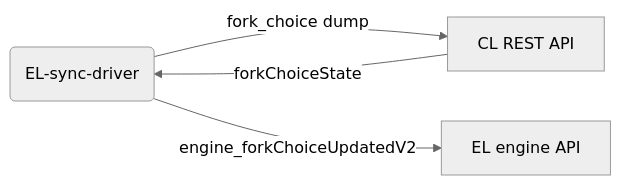
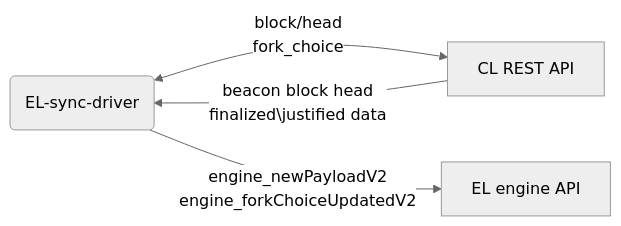
Before and after one commit to tbenr/el-sync-driver: the diagram in README.md, drawn with Mermaid (neutral theme). The commit also changed other lines of this file, not shown here.

````diff
--- a/README.md
+++ b/README.md
@@ -1,6 +7,6 @@
 ```mermaid
 graph LR
-    B(EL-sync-driver) -- fork_choice dump --> C[CL REST API]
-    C -- forkChoiceState --> B
-    B -- engine_forkChoiceUpdatedV2 --> D[EL engine API]
+    B(EL-sync-driver) <-- block/head<br />fork_choice --> C[CL REST API]
+    C -- beacon block head<br />finalized\justified data--> B
+    B -- engine_newPayloadV2<br />engine_forkChoiceUpdatedV2 --> D[EL engine API]
 ```
````
